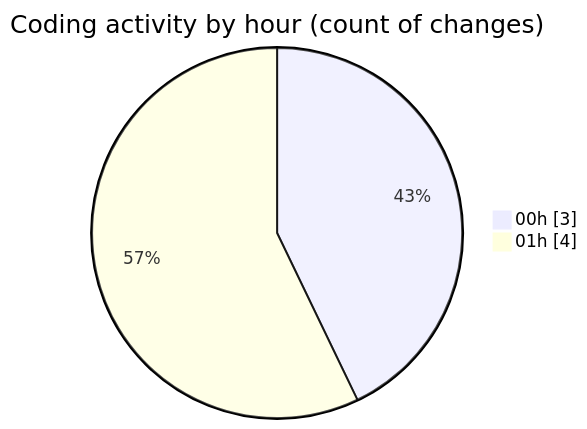
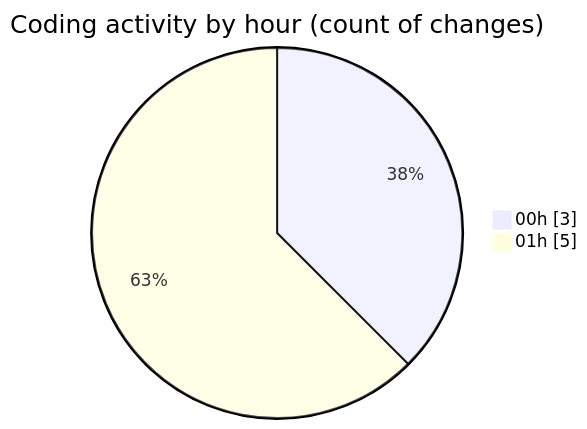
One commit to mevix1/code-tracking changed the second of 2 diagrams in 2025-10-02/oura-api/README.md. Above: the diagram before and after it, drawn with Mermaid. The commit also changed other lines of this file and 1 other file, not shown here.

````diff
--- a/2025-10-02/oura-api/README.md
+++ b/2025-10-02/oura-api/README.md
@@ -35,6 +37,6 @@
 ```mermaid
 pie showData
 title Coding activity by hour (count of changes)
 "00h" : 3
-"01h" : 4
+"01h" : 5
 ```
````
